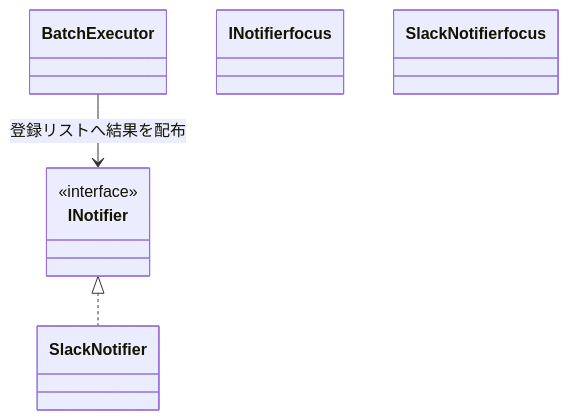
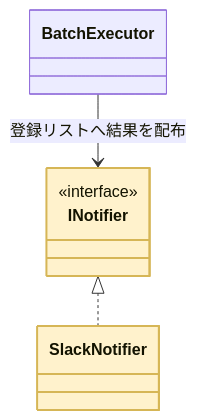
One commit to kumachan1101-pixel/DesignPattern changed diagram 11 of 16 in kindle/design-patterns/output/chapter10.md. Above: the diagram before and after it, drawn with Mermaid. The commit also changed other lines of this file and 15 other files, not shown here.

First line of the commit message:
全章classDiagram: phantom浮きクラスを生む着色構文 class X focus を :::focus へ修正（103箇所）

````diff
--- a/kindle/design-patterns/output/chapter10.md
+++ b/kindle/design-patterns/output/chapter10.md
@@ -1633,11 +1633,11 @@
 ```mermaid
 classDiagram
     class BatchExecutor
     class INotifier { <<interface>> }
     class SlackNotifier
     BatchExecutor --> INotifier : 登録リストへ結果を配布
     INotifier <|.. SlackNotifier
-    class INotifier focus
-    class SlackNotifier focus
+    class INotifier:::focus
+    class SlackNotifier:::focus
     classDef focus fill:#FFF2CC,stroke:#D6B656,stroke-width:2px
 ```
````
